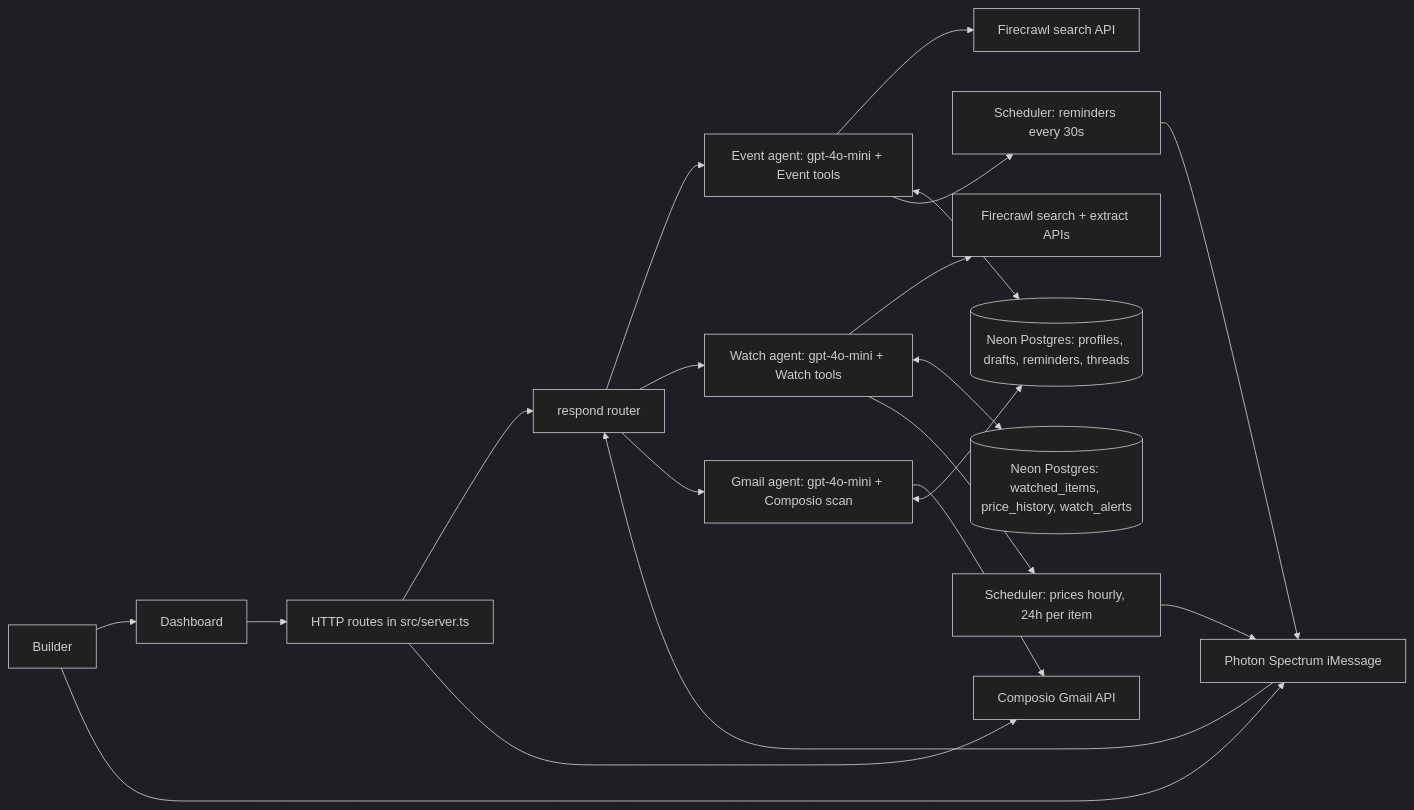
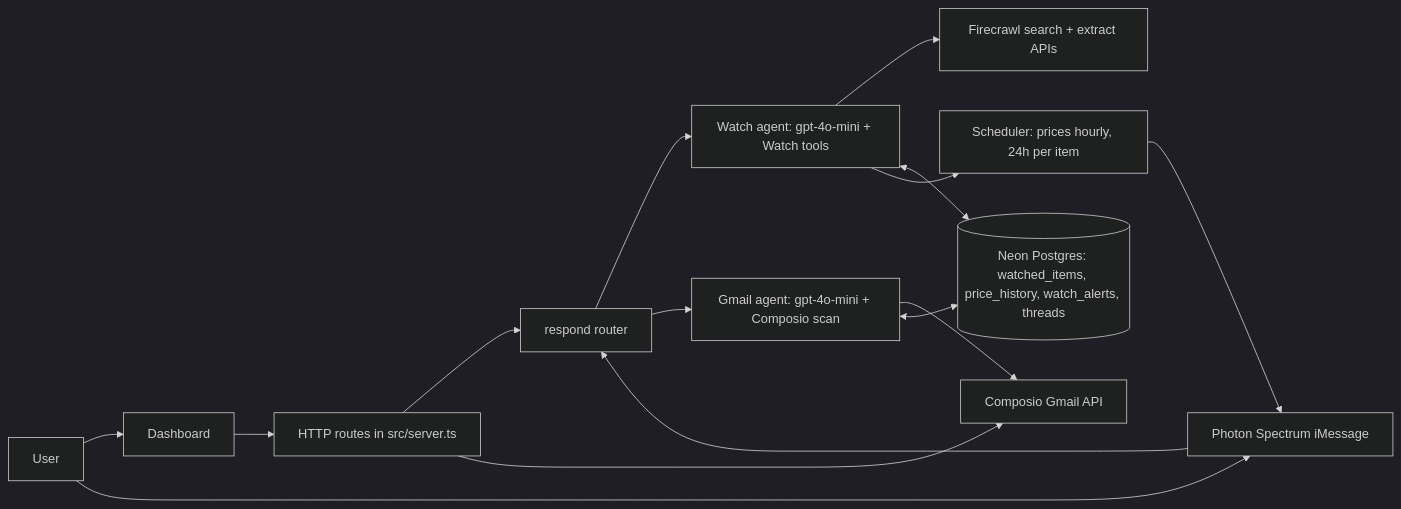
The diagram in docs/architecture.md (fozagtx/Okupy), drawn with Mermaid (dark theme) before and after one commit. The commit also changed other lines of this file and 17 other files, not shown here.

Commit message:
Completely remove legacy free-food, builder profiles, and event scout code

````diff
--- a/docs/architecture.md
+++ b/docs/architecture.md
@@ -10,22 +7,17 @@
 ```mermaid
 flowchart LR
-  U[Builder] --> D[Dashboard]
+  U[User] --> D[Dashboard]
   U --> P[Photon Spectrum iMessage]
   D --> R[HTTP routes in src/server.ts]
   P --> RSP[respond router]
   R --> RSP
-  RSP --> E[Event agent: gpt-4o-mini + Event tools]
   RSP --> W[Watch agent: gpt-4o-mini + Watch tools]
   RSP --> G[Gmail agent: gpt-4o-mini + Composio scan]
-  E --> F1[Firecrawl search API]
-  W --> F2[Firecrawl search + extract APIs]
+  W --> F[Firecrawl search + extract APIs]
   G --> C[Composio Gmail API]
-  E <--> N[(Neon Postgres: profiles, drafts, reminders, threads)]
-  W <--> N2[(Neon Postgres: watched_items, price_history, watch_alerts)]
+  W <--> N[(Neon Postgres: watched_items, price_history, watch_alerts, threads)]
   G <--> N
   R --> C
-  E --> S[Scheduler: reminders every 30s]
   W --> WS[Scheduler: prices hourly, 24h per item]
-  S --> P
   WS --> P
 ```
````
